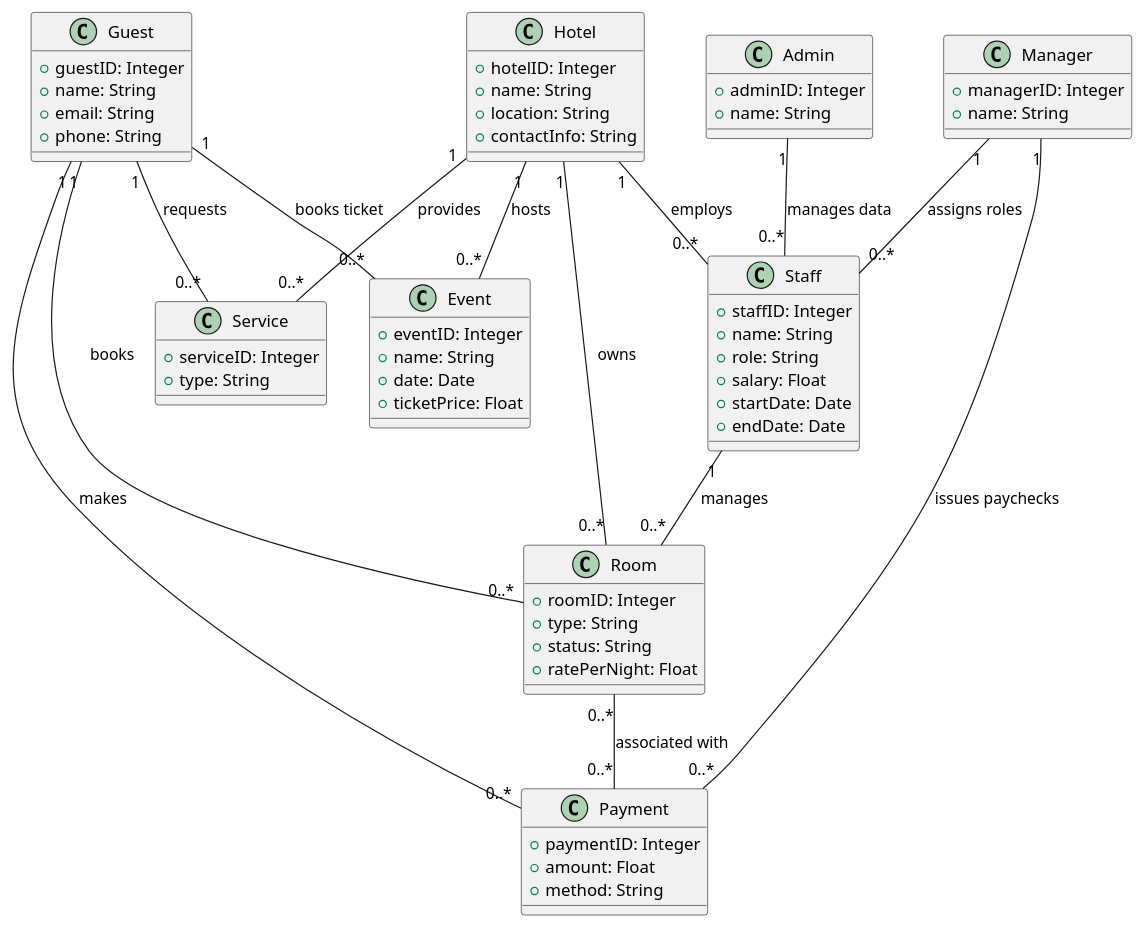
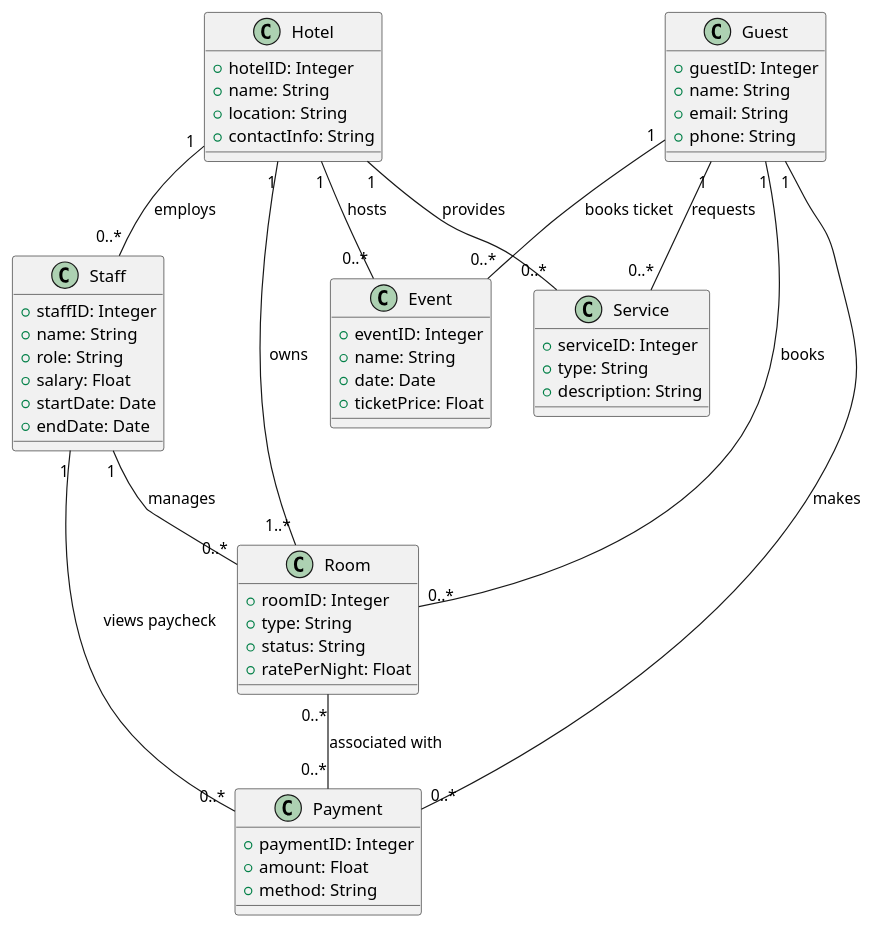
The diagram in hotel_mgmt_sys/docs/domain_model/domain_model.puml (shahdhoss/hotel_mgmt_system), drawn with PlantUML before and after one commit.

Commit message:
updated domail model

```diff
--- a/hotel_mgmt_sys/docs/domain_model/domain_model.puml
+++ b/hotel_mgmt_sys/docs/domain_model/domain_model.puml
@@ -1,74 +1,65 @@
 @startuml
 class Hotel {
     + hotelID: Integer
     + name: String
     + location: String
     + contactInfo: String
 }
 
 class Guest {
     + guestID: Integer
     + name: String
     + email: String
     + phone: String
 }
 
 class Staff {
     + staffID: Integer
     + name: String
     + role: String
     + salary: Float
     + startDate: Date
     + endDate: Date
 }
 
-class Manager {
-    + managerID: Integer
-    + name: String
-}
-
 class Room {
     + roomID: Integer
     + type: String
     + status: String
     + ratePerNight: Float
 }
 
 class Payment {
     + paymentID: Integer
     + amount: Float
     + method: String
 }
 
 class Event {
     + eventID: Integer
     + name: String
     + date: Date
     + ticketPrice: Float
 }
 
-class Admin {
-    + adminID: Integer
-    + name: String
-}
-
 class Service {
     + serviceID: Integer
     + type: String
+    + description: String
 }
 
-Hotel "1" -- "0..*" Room : "owns"
+Hotel "1" -- "1..*" Room : "owns"
 Hotel "1" -- "0..*" Event : "hosts"
 Hotel "1" -- "0..*" Staff : "employs"
 Hotel "1" -- "0..*" Service : "provides"
+
 Guest "1" -- "0..*" Room : "books"
 Guest "1" -- "0..*" Payment : "makes"
 Guest "1" -- "0..*" Event : "books ticket"
 Guest "1" -- "0..*" Service : "requests"
+
 Staff "1" -- "0..*" Room : "manages"
-Manager "1" -- "0..*" Staff : "assigns roles"
-Manager "1" -- "0..*" Payment : "issues paychecks"
-Admin "1" -- "0..*" Staff : "manages data"
+Staff "1" -- "0..*" Payment : "views paycheck"
+
 Room "0..*" -- "0..*" Payment : "associated with"
-
 @enduml
```
